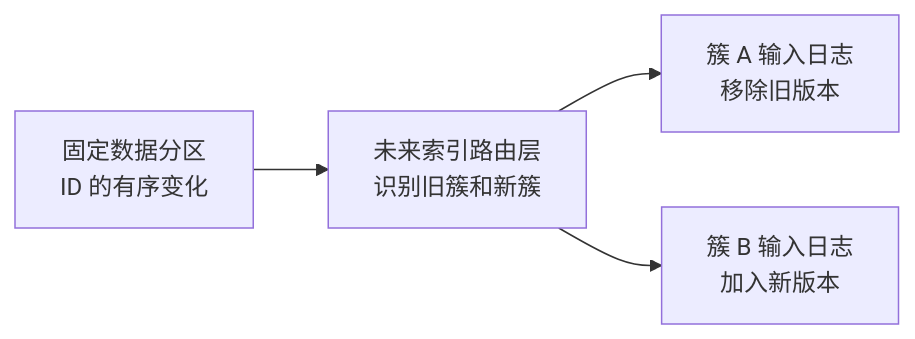
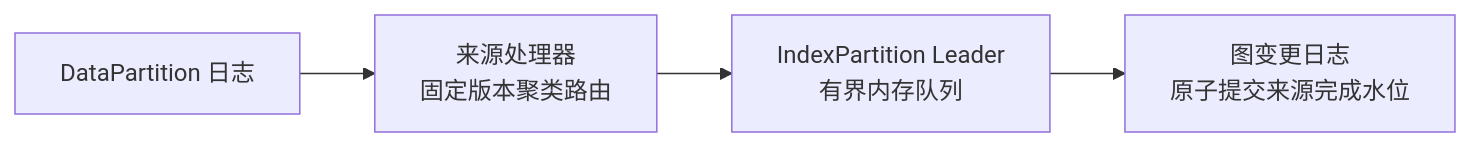
One commit to youyou-myheart/vecdb changed the third of 3 diagrams in ARCHITECTURE.md. Above: the diagram before and after it, drawn with Mermaid. The commit also changed other lines of this file and 40 other files, not shown here.

Commit message:
Add clustered index routing with recoverable asynchronous data dispatch

````diff
--- a/ARCHITECTURE.md
+++ b/ARCHITECTURE.md
@@ -120,6 +115,6 @@
 ```mermaid
 flowchart LR
-    D["固定数据分区<br/>ID 的有序变化"] --> R["未来索引路由层<br/>识别旧簇和新簇"]
-    R --> A["簇 A 输入日志<br/>移除旧版本"]
-    R --> B["簇 B 输入日志<br/>加入新版本"]
+    D["DataPartition 日志"] --> R["来源处理器<br/>固定版本聚类路由"]
+    R --> I["IndexPartition Leader<br/>有界内存队列"]
+    I --> G["图变更日志<br/>原子提交来源完成水位"]
 ```
````
